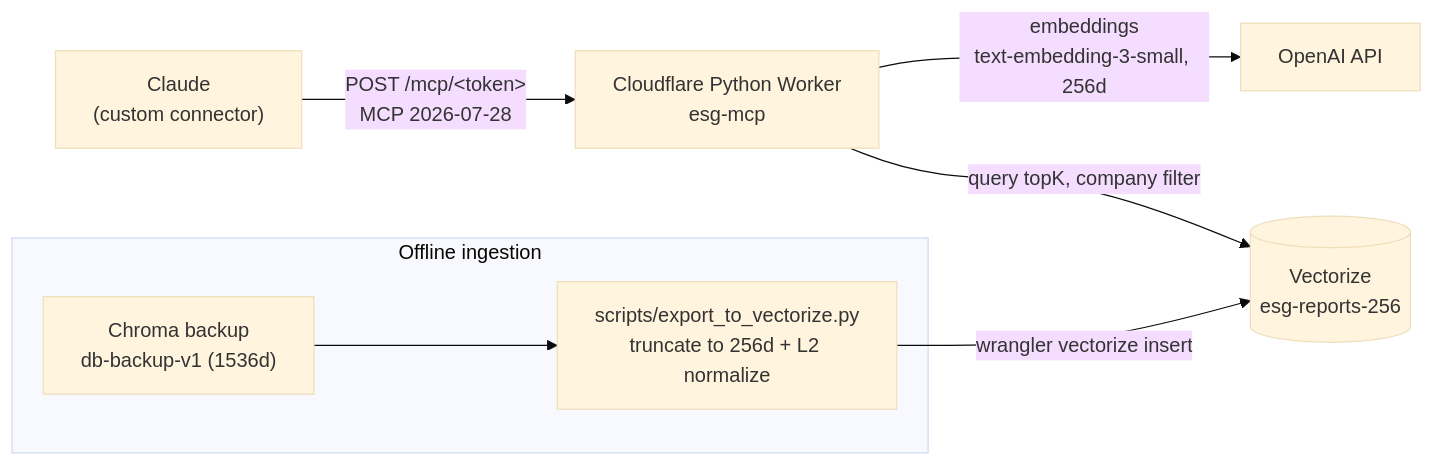
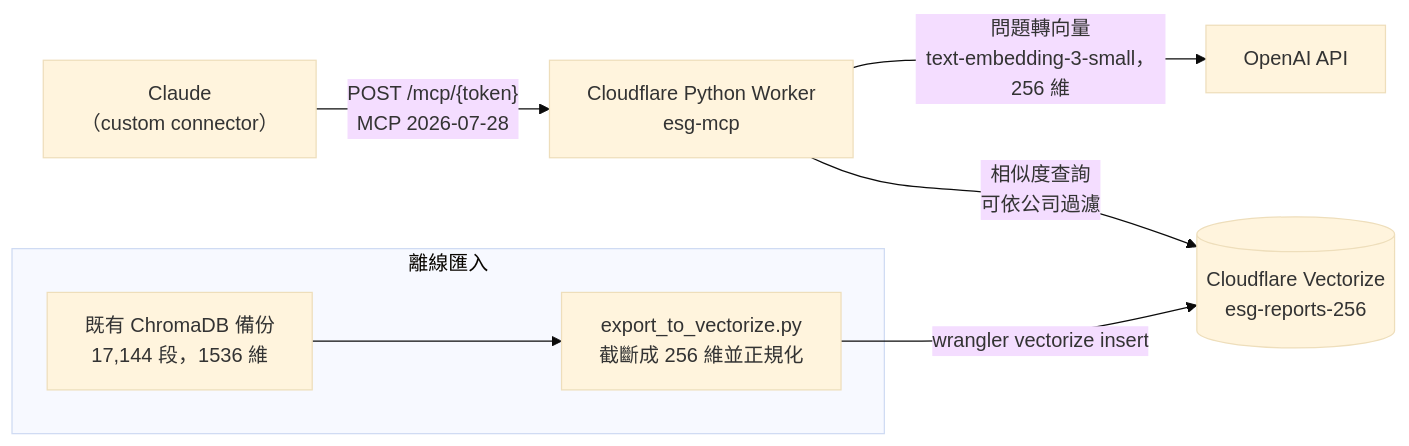
The second of 3 diagrams in README.md (WilliamCHIU-ETH/MCP_ESG_index50), drawn with Mermaid (base theme) before and after one commit. The commit also changed other lines of this file, not shown here.

````diff
--- a/README.md
+++ b/README.md
@@ -18,10 +36,10 @@
 ```mermaid
 flowchart LR
-    C["Claude<br/>(custom connector)"] -->|"POST /mcp/&lt;token&gt;<br/>MCP 2026-07-28"| W["Cloudflare Python Worker<br/>esg-mcp"]
-    W -->|"embeddings<br/>text-embedding-3-small, 256d"| O["OpenAI API"]
-    W -->|"query topK, company filter"| V[("Vectorize<br/>esg-reports-256")]
-    subgraph Offline ingestion
-        B["Chroma backup<br/>db-backup-v1 (1536d)"] --> E["scripts/export_to_vectorize.py<br/>truncate to 256d + L2 normalize"]
+    C["Claude<br/>（custom connector）"] -->|"POST /mcp/{token}<br/>MCP 2026-07-28"| W["Cloudflare Python Worker<br/>esg-mcp"]
+    W -->|"問題轉向量<br/>text-embedding-3-small，256 維"| O["OpenAI API"]
+    W -->|"相似度查詢<br/>可依公司過濾"| V[("Cloudflare Vectorize<br/>esg-reports-256")]
+    subgraph offline["離線匯入"]
+        B["既有 ChromaDB 備份<br/>17,144 段，1536 維"] --> E["export_to_vectorize.py<br/>截斷成 256 維並正規化"]
     end
     E -->|"wrangler vectorize insert"| V
 ```
````
